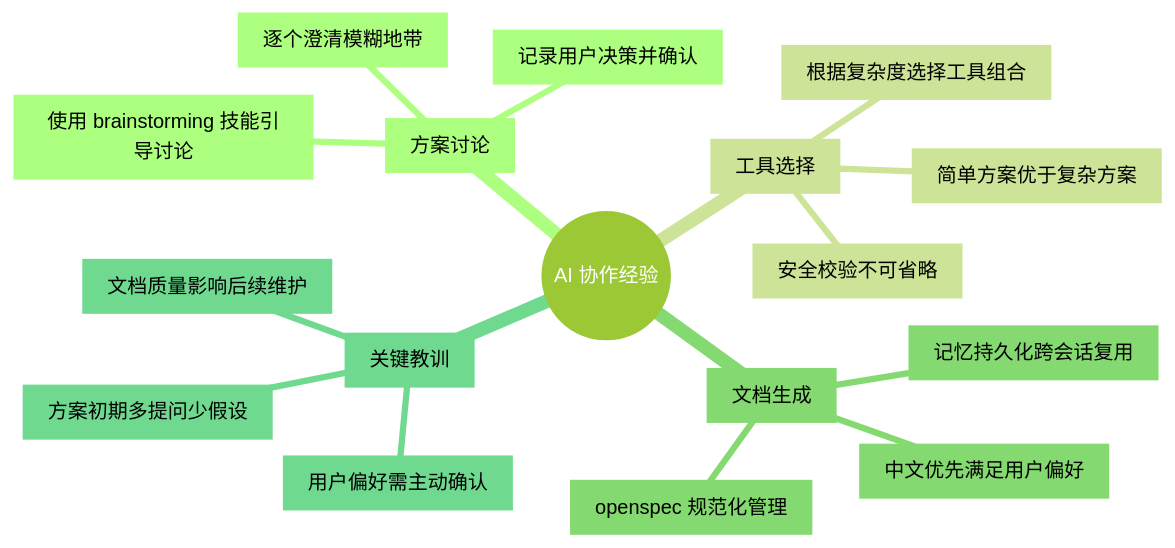
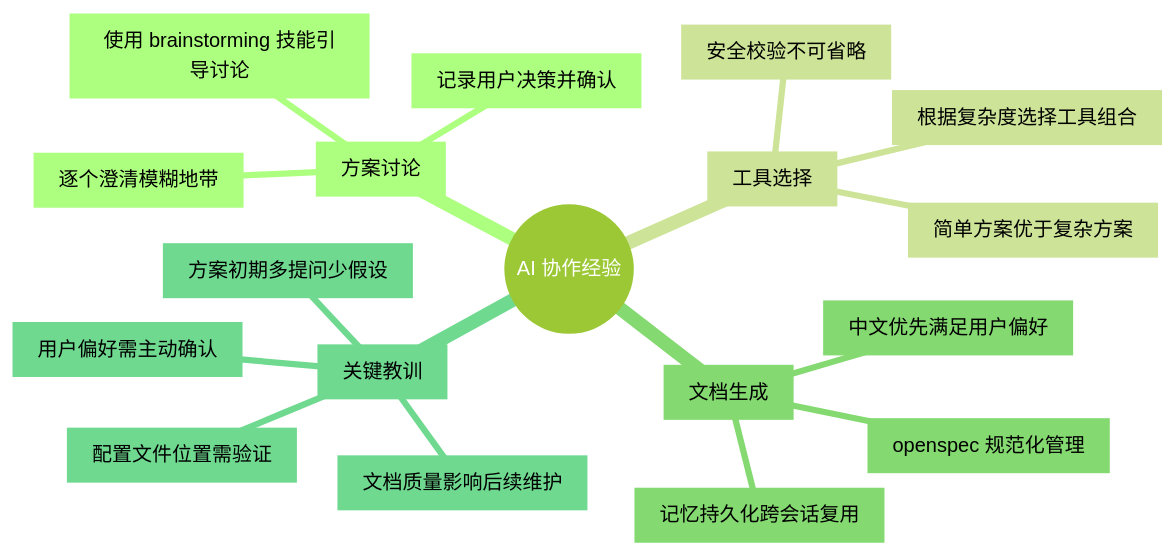
Before and after one commit to chujun/aiubuntu1-sh: the fourth of 4 diagrams in doc/ai-explore/2026-05-11-ClaudeCode配置备份与迁移实践探索之旅.md, drawn with Mermaid (forest theme). The commit also changed other lines of this file, not shown here.

````diff
--- a/doc/ai-explore/2026-05-11-ClaudeCode配置备份与迁移实践探索之旅.md
+++ b/doc/ai-explore/2026-05-11-ClaudeCode配置备份与迁移实践探索之旅.md
@@ -424,20 +528,21 @@
 ```mermaid
 mindmap
   root(("AI 协作经验"))
     A[方案讨论]
       A1[使用 brainstorming 技能引导讨论]
       A2[逐个澄清模糊地带]
       A3[记录用户决策并确认]
     B[工具选择]
       B1[根据复杂度选择工具组合]
       B2[简单方案优于复杂方案]
       B3[安全校验不可省略]
     C[文档生成]
       C1[openspec 规范化管理]
       C2[中文优先满足用户偏好]
       C3[记忆持久化跨会话复用]
     D[关键教训]
       D1[方案初期多提问少假设]
       D2[用户偏好需主动确认]
       D3[文档质量影响后续维护]
+      D4[配置文件位置需验证]
 ```
````
